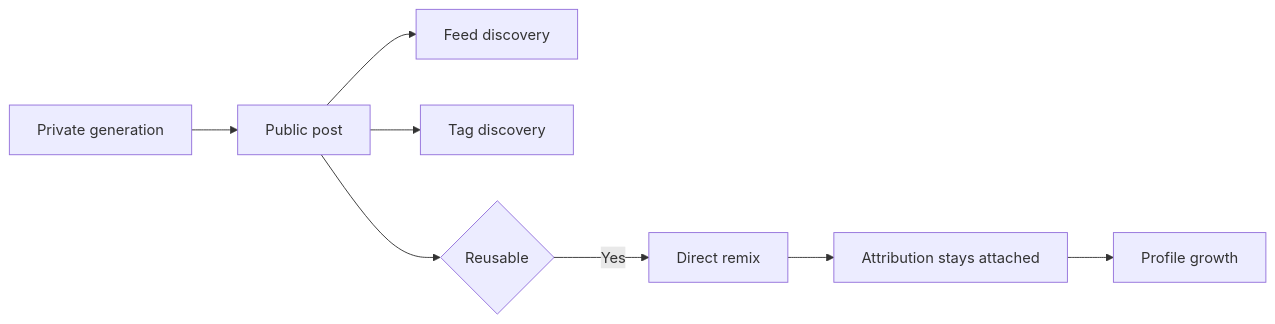
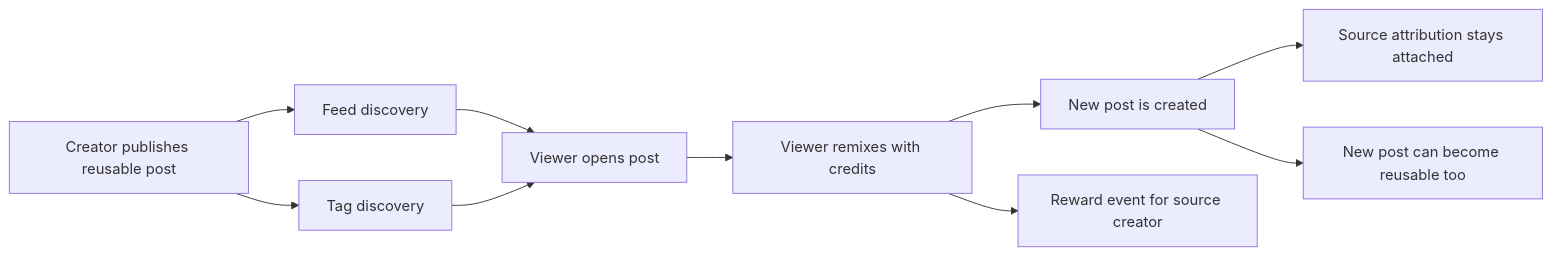
Before and after one commit to hajar-eddal/marcelix_documentation: the diagram in README.md, drawn with Mermaid. The commit also changed other lines of this file, not shown here.

````diff
--- a/README.md
+++ b/README.md
@@ -43,10 +73,12 @@
 ```mermaid
 flowchart LR
-    A[Private generation] --> B[Public post]
-    B --> C[Feed discovery]
-    B --> D[Tag discovery]
-    B --> E{Reusable}
-    E -->|Yes| F[Direct remix]
-    F --> G[Attribution stays attached]
-    G --> H[Profile growth]
+    A[Creator publishes reusable post] --> B[Feed discovery]
+    A --> C[Tag discovery]
+    B --> D[Viewer opens post]
+    C --> D
+    D --> E[Viewer remixes with credits]
+    E --> F[New post is created]
+    E --> G[Reward event for source creator]
+    F --> H[Source attribution stays attached]
+    F --> I[New post can become reusable too]
 ```
````
